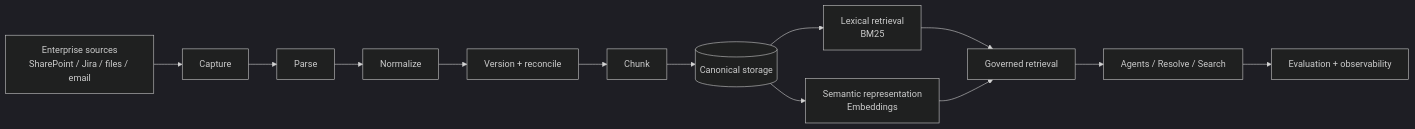
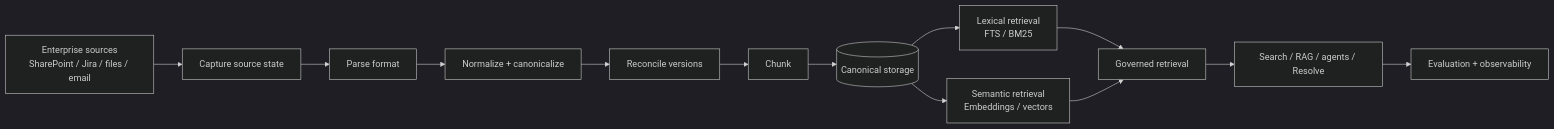
The first of 17 diagrams in docs/learning/ENTERPRISE_KNOWLEDGE_SYSTEMS_INTERVIEW_GUIDE.md (kumarchandansingh/tropos), drawn with Mermaid (dark theme) before and after one commit. The commit also changed other lines of this file, not shown here.

````diff
--- a/docs/learning/ENTERPRISE_KNOWLEDGE_SYSTEMS_INTERVIEW_GUIDE.md
+++ b/docs/learning/ENTERPRISE_KNOWLEDGE_SYSTEMS_INTERVIEW_GUIDE.md
@@ -35,16 +7,16 @@
 ```mermaid
 flowchart LR
     S[Enterprise sources\nSharePoint / Jira / files / email]
-    --> C[Capture]
-    --> P[Parse]
-    --> N[Normalize]
-    --> V[Version + reconcile]
+    --> C[Capture source state]
+    --> P[Parse format]
+    --> N[Normalize + canonicalize]
+    --> V[Reconcile versions]
     --> K[Chunk]
     --> D[(Canonical storage)]
-    D --> L[Lexical retrieval\nBM25]
-    D --> E[Semantic representation\nEmbeddings]
+    D --> L[Lexical retrieval\nFTS / BM25]
+    D --> E[Semantic retrieval\nEmbeddings / vectors]
     L --> R[Governed retrieval]
     E --> R
-    R --> A[Agents / Resolve / Search]
-    A --> O[Evaluation + observability]
+    R --> A[Search / RAG / agents / Resolve]
+    A --> Q[Evaluation + observability]
 ```
````
